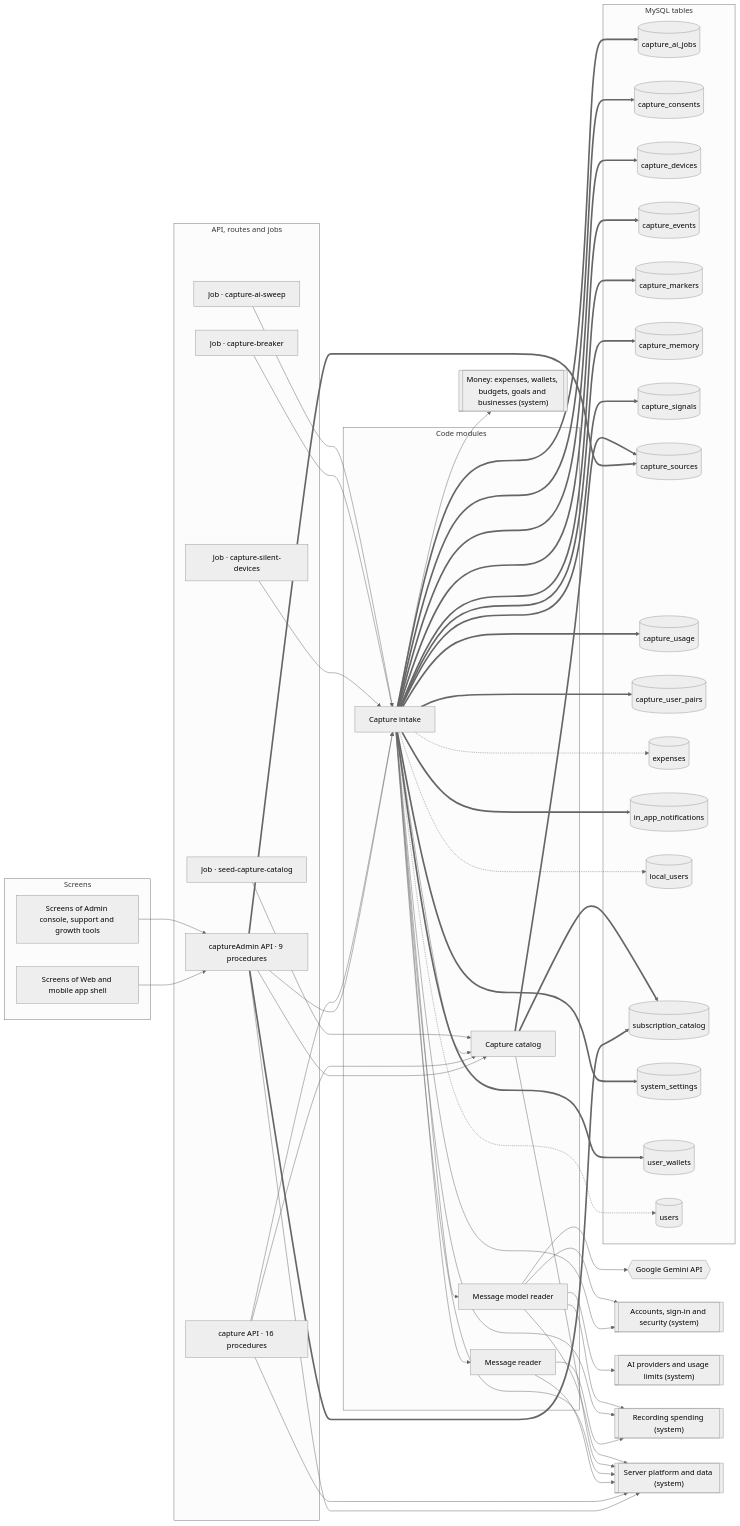
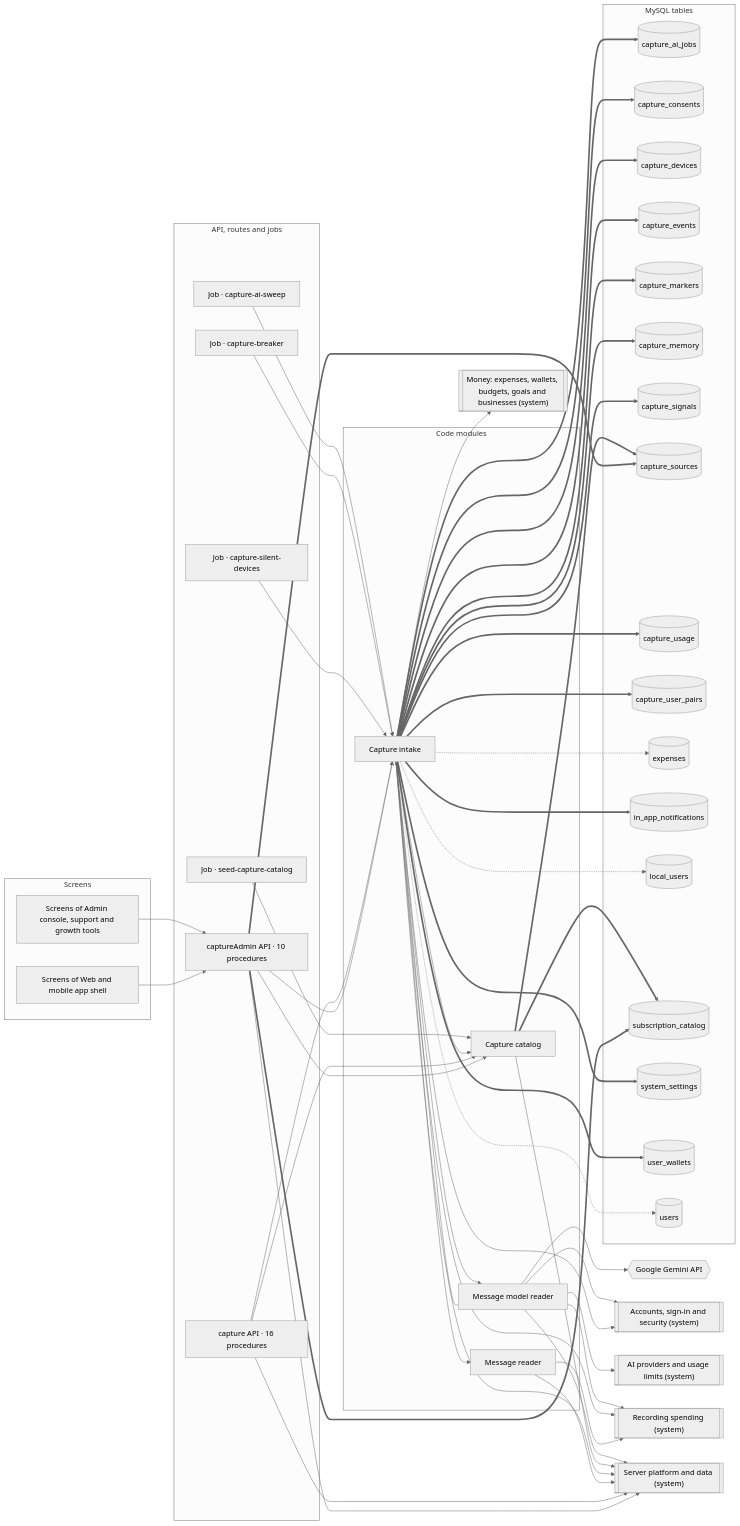
One commit to mahmoudtaherr111/smartspend_mini_all changed the diagram in docs/atlas/systems/bank-messages.md. Above: the diagram before and after it, drawn with Mermaid (neutral theme). The commit also changed other lines of this file and 32 other files, not shown here.

First line of the commit message:
feat(capture): merchants kept through redaction, admin alerts, support timeline

```diff
--- a/docs/atlas/systems/bank-messages.md
+++ b/docs/atlas/systems/bank-messages.md
@@ -21,7 +21,7 @@
     job_capture_breaker["Job · capture-breaker"]
     job_capture_silent_devices["Job · capture-silent-devices"]
     job_seed_capture_catalog["Job · seed-capture-catalog"]
-    router_captureAdmin["captureAdmin API · 9 procedures"]
+    router_captureAdmin["captureAdmin API · 10 procedures"]
     router_capture["capture API · 16 procedures"]
   end
   subgraph g_modules["Code modules"]
@@ -60,6 +60,7 @@
   job_capture_silent_devices --> mod_capture_intake
   job_seed_capture_catalog --> mod_capture_catalog
   mod_capture_ai_reader --> ext_gemini
+  mod_capture_ai_reader --> mod_capture_intake
   mod_capture_ai_reader --> sys_accounts
   mod_capture_ai_reader --> sys_ai_platform
   mod_capture_ai_reader --> sys_expense_capture
```
